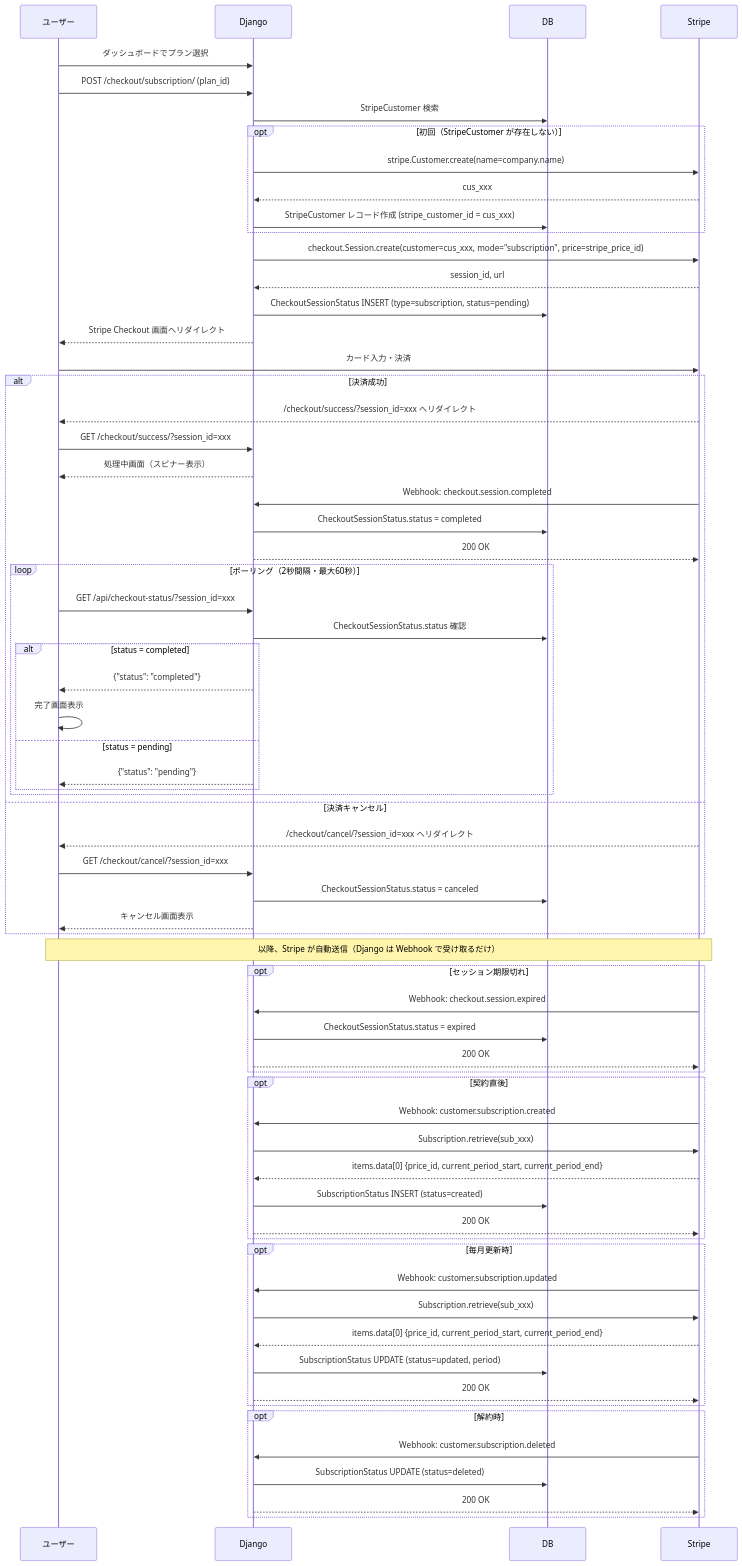
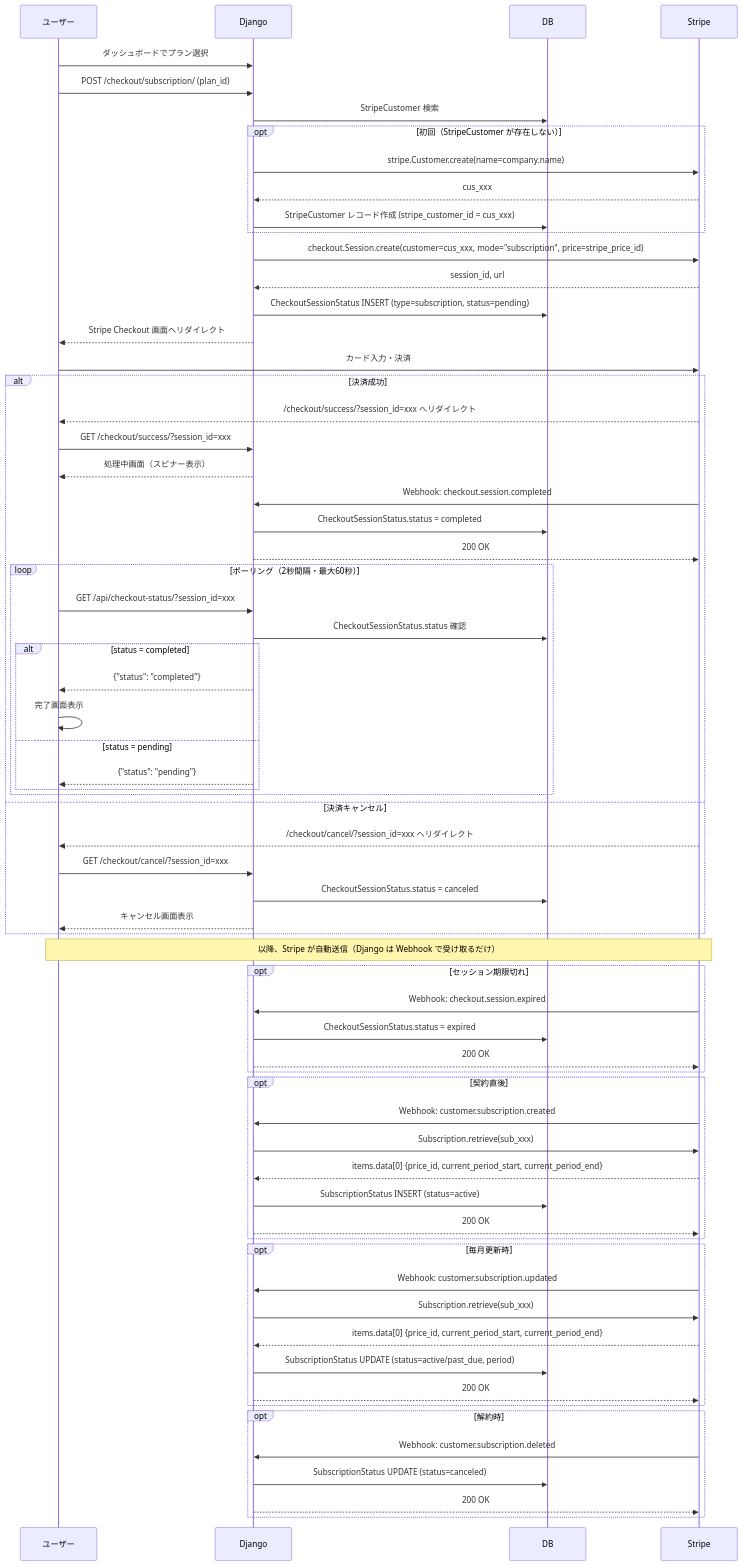
The first of 4 diagrams in docs/sequence-diagram.md (suzuki-tomok/payment-core), drawn with Mermaid before and after one commit. The commit also changed other lines of this file and 15 other files, not shown here.

````diff
--- a/docs/sequence-diagram.md
+++ b/docs/sequence-diagram.md
@@ -5,82 +5,82 @@
 ```mermaid
 sequenceDiagram
     participant U as ユーザー
     participant D as Django
     participant DB as DB
     participant S as Stripe
 
     U->>D: ダッシュボードでプラン選択
     U->>D: POST /checkout/subscription/ (plan_id)
 
     D->>DB: StripeCustomer 検索
 
     opt 初回（StripeCustomer が存在しない）
         D->>S: stripe.Customer.create(name=company.name)
         S-->>D: cus_xxx
         D->>DB: StripeCustomer レコード作成 (stripe_customer_id = cus_xxx)
     end
 
     D->>S: checkout.Session.create(customer=cus_xxx, mode="subscription", price=stripe_price_id)
     S-->>D: session_id, url
     D->>DB: CheckoutSessionStatus INSERT (type=subscription, status=pending)
     D-->>U: Stripe Checkout 画面へリダイレクト
 
     U->>S: カード入力・決済
 
     alt 決済成功
         S-->>U: /checkout/success/?session_id=xxx へリダイレクト
         U->>D: GET /checkout/success/?session_id=xxx
         D-->>U: 処理中画面（スピナー表示）
 
         S->>D: Webhook: checkout.session.completed
         D->>DB: CheckoutSessionStatus.status = completed
         D-->>S: 200 OK
 
         loop ポーリング（2秒間隔・最大60秒）
             U->>D: GET /api/checkout-status/?session_id=xxx
             D->>DB: CheckoutSessionStatus.status 確認
             alt status = completed
                 D-->>U: {"status": "completed"}
                 U->>U: 完了画面表示
             else status = pending
                 D-->>U: {"status": "pending"}
             end
         end
 
     else 決済キャンセル
         S-->>U: /checkout/cancel/?session_id=xxx へリダイレクト
         U->>D: GET /checkout/cancel/?session_id=xxx
         D->>DB: CheckoutSessionStatus.status = canceled
         D-->>U: キャンセル画面表示
     end
 
     Note over U,S: 以降、Stripe が自動送信（Django は Webhook で受け取るだけ）
 
     opt セッション期限切れ
         S->>D: Webhook: checkout.session.expired
         D->>DB: CheckoutSessionStatus.status = expired
         D-->>S: 200 OK
     end
 
     opt 契約直後
         S->>D: Webhook: customer.subscription.created
         D->>S: Subscription.retrieve(sub_xxx)
         S-->>D: items.data[0] {price_id, current_period_start, current_period_end}
-        D->>DB: SubscriptionStatus INSERT (status=created)
+        D->>DB: SubscriptionStatus INSERT (status=active)
         D-->>S: 200 OK
     end
 
     opt 毎月更新時
         S->>D: Webhook: customer.subscription.updated
         D->>S: Subscription.retrieve(sub_xxx)
         S-->>D: items.data[0] {price_id, current_period_start, current_period_end}
-        D->>DB: SubscriptionStatus UPDATE (status=updated, period)
+        D->>DB: SubscriptionStatus UPDATE (status=active/past_due, period)
         D-->>S: 200 OK
     end
 
     opt 解約時
         S->>D: Webhook: customer.subscription.deleted
-        D->>DB: SubscriptionStatus UPDATE (status=deleted)
+        D->>DB: SubscriptionStatus UPDATE (status=canceled)
         D-->>S: 200 OK
     end
 ```
````
